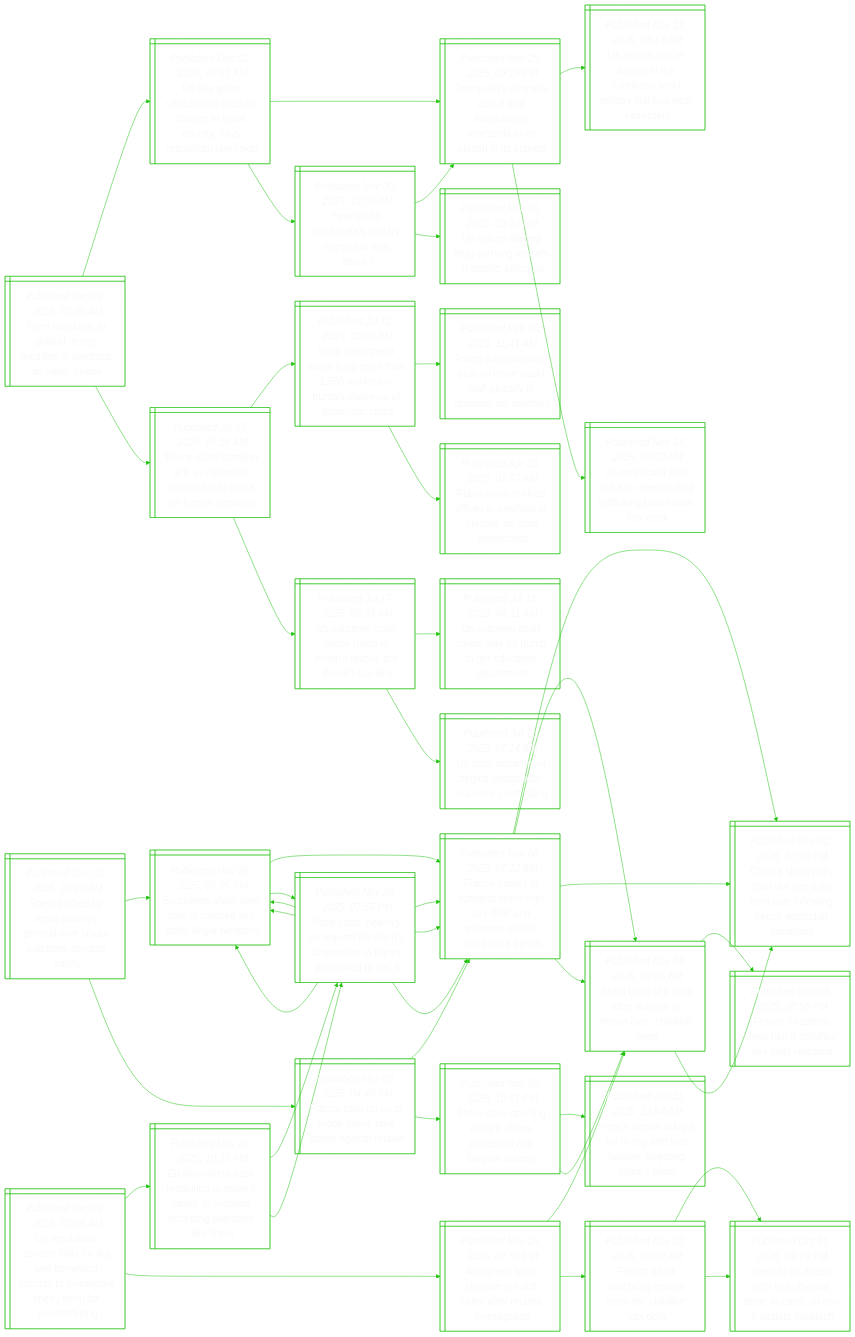
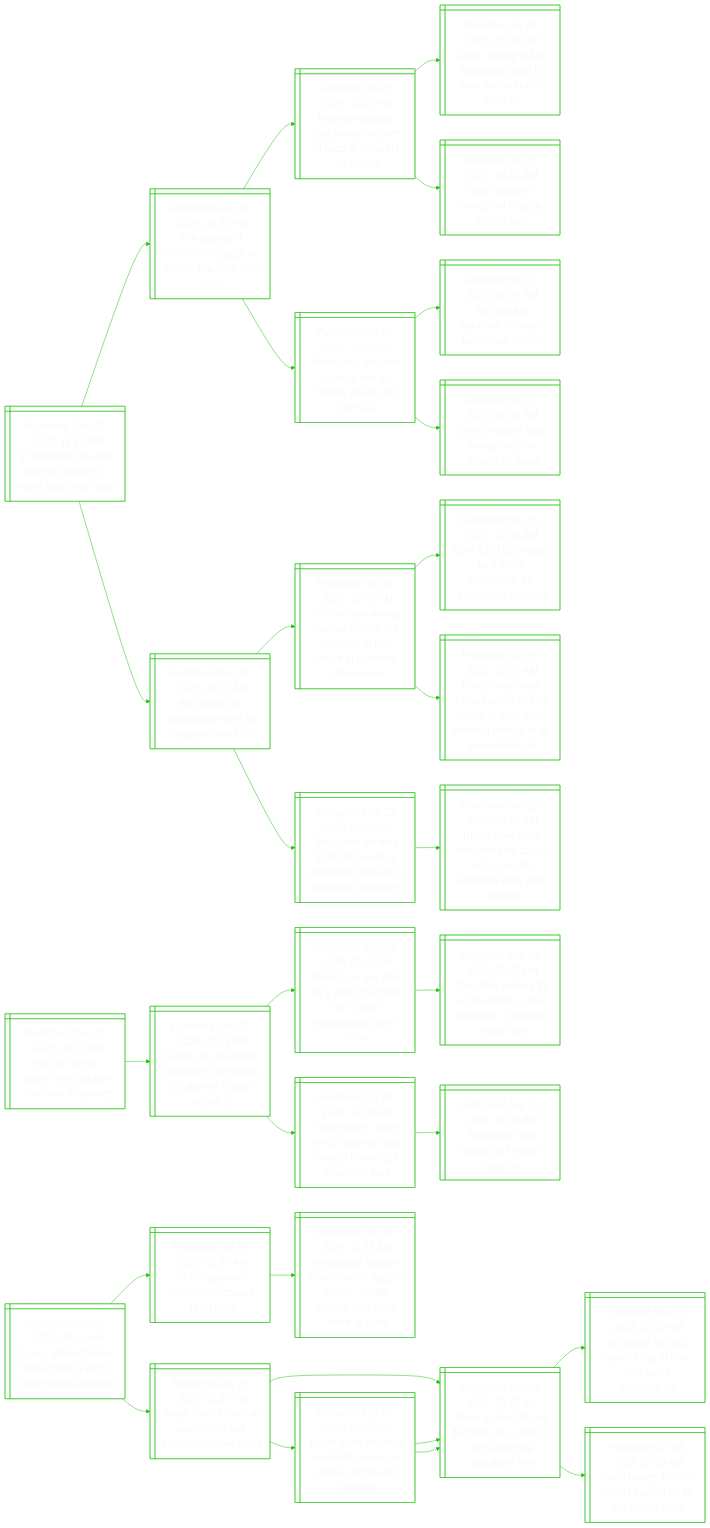
Before and after one commit to notJmes/notJmes: the diagram in README.md, drawn with Mermaid. The commit also changed other lines of this file, not shown here.

````diff
--- a/README.md
+++ b/README.md
@@ -16,142 +16,97 @@
 flowchart LR
 classDef txtsize font-size:20px;
 
-FoaoTmelonbe@{ shape: win-pane, label: "_Published Dec 02, 2025, 07:30 AM_
-From honduras to poland, trump meddles in elections as never before" }
-UgVuMoceoyRllk@{ shape: win-pane, label: "_Published Dec 01, 2025, 05:07 AM_
-Us has given venezuela’s maduro chance to leave country, says republican lawmaker" }
-Tsicvsugztliee@{ shape: win-pane, label: "_Published Nov 29, 2025, 09:19 PM_
-Trump says airspace above and surrounding venezuela to be closed in its entirety" }
-Ucceinaeiiburz@{ shape: win-pane, label: "_Published Nov 17, 2025, 03:14 AM_
-Us aircraft carrier arrives in the caribbean amid military build-up near venezuela" }
-Uddrngufialhe@{ shape: win-pane, label: "_Published Nov 14, 2025, 06:32 AM_
-Us conducted 20th strike on alleged drug trafficking boat earlier this week" }
-Hunllyoat@{ shape: win-pane, label: "_Published Nov 30, 2025, 12:09 AM_
-How could venezuela’s military respond to a us attack?" }
-Tsicvsugztliee@{ shape: win-pane, label: "_Published Nov 29, 2025, 09:19 PM_
-Trump says airspace above and surrounding venezuela to be closed in its entirety" }
-Uildcisiiig@{ shape: win-pane, label: "_Published Nov 10, 2025, 09:20 PM_
-Us strikes alleged drug-carrying vessels in pacific, killing six" }
-TaiteSoadoerei@{ shape: win-pane, label: "_Published Jul 18, 2025, 05:26 AM_
-Trump administration tells us diplomats abroad not to opine on foreign elections" }
-SDtssnewrrsuiao@{ shape: win-pane, label: "_Published Jul 12, 2025, 01:05 AM_
-State department starts firing more than 1,350 workers in trump’s shake-up of diplomatic corps" }
-TaitulUsgldtdh@{ shape: win-pane, label: "_Published Feb 05, 2025, 11:41 AM_
-Trump administration puts on leave usaid staff globally in dramatic aid overhaul" }
-RptsinhftSDt@{ shape: win-pane, label: "_Published Apr 23, 2025, 01:07 AM_
-Rubio plans to close offices in overhaul of ‘bloated’ us state department" }
-Uroeuimvusy@{ shape: win-pane, label: "_Published Jul 17, 2025, 09:35 AM_
-Us supreme court keeps ruling in trump’s favour, but doesn’t say why" }
-UrolwrptaDt@{ shape: win-pane, label: "_Published Jul 15, 2025, 04:31 AM_
-Us supreme court clears way for trump to gut education department" }
-UtaniyaSmri@{ shape: win-pane, label: "_Published Jul 11, 2025, 07:14 AM_
-Us state department begins layoffs after supreme court ruling" }
+Vdtarheowoa@{ shape: win-pane, label: "_Published Dec 02, 2025, 11:15 AM_
+Vr headsets take war-scarred children to world away from gaza" }
+Tafdiahesle@{ shape: win-pane, label: "_Published Aug 18, 2025, 05:35 PM_
+The trauma of childhood in gaza: no school, few toys, little hope" }
+IludpsrGowog@{ shape: win-pane, label: "_Published Jul 27, 2025, 02:43 PM_
+Israel announces daily pauses in parts of gaza to allow aid for hungry" }
+Gugfiedvnshe@{ shape: win-pane, label: "_Published Jul 25, 2025, 05:09 PM_
+Gaza running out of specialised food to save malnourished children" }
+IlmraGirs@{ shape: win-pane, label: "_Published Jul 27, 2025, 04:03 AM_
+Israel resumes airdrop aid to gaza, military says" }
+NyeeawHakl@{ shape: win-pane, label: "_Published Oct 07, 2023, 12:04 PM_
+Netanyahu declares israel at war as hamas attacks kill over 100" }
+WzptIleint@{ shape: win-pane, label: "_Published Oct 07, 2023, 05:15 PM_
+Why gaza is epicentre of israeli-palestinian conflict" }
+Wiceapaks@{ shape: win-pane, label: "_Published Oct 07, 2023, 06:44 PM_
+World in shock after hamas surprise attacks on israel" }
+BeoeieSpoe@{ shape: win-pane, label: "_Published Nov 29, 2025, 10:30 AM_
+Big dreams for palestinian teens at singapore robot fest" }
+Sapnirliiopelnnm@{ shape: win-pane, label: "_Published Oct 09, 2025, 06:50 PM_
+Scholarships among various ground-led initiatives to help people of palestine: shanmugam" }
+OafleliPtne@{ shape: win-pane, label: "_Published Mar 19, 2025, 12:00 AM_
+Over $200,000 raised for full-ride scholarship for palestinian students" }
+TssHaossaaorslaoe@{ shape: win-pane, label: "_Published Oct 09, 2025, 05:09 AM_
+Trump says israel, hamas agree on first phase of gaza deal, allowing release of all israeli hostages" }
+Sposhotoslnme@{ shape: win-pane, label: "_Published Nov 12, 2025, 02:05 PM_
+Singapore donates $250,000 worth of prosthetic products to palestinian amputees" }
+Tvoeichyfarkha@{ shape: win-pane, label: "_Published Nov 11, 2025, 02:09 AM_
+Trump vows to do everything he can to help syria after landmark talks with sharaa" }
 
-FoaoTmelonbe:::txtsize --> UgVuMoceoyRllk:::txtsize
-UgVuMoceoyRllk:::txtsize --> Tsicvsugztliee:::txtsize
-Tsicvsugztliee:::txtsize --> Ucceinaeiiburz:::txtsize
-Tsicvsugztliee:::txtsize --> Uddrngufialhe:::txtsize
-UgVuMoceoyRllk:::txtsize --> Hunllyoat:::txtsize
-Hunllyoat:::txtsize --> Tsicvsugztliee:::txtsize
-Hunllyoat:::txtsize --> Uildcisiiig:::txtsize
-FoaoTmelonbe:::txtsize --> TaiteSoadoerei:::txtsize
-TaiteSoadoerei:::txtsize --> SDtssnewrrsuiao:::txtsize
-SDtssnewrrsuiao:::txtsize --> TaitulUsgldtdh:::txtsize
-SDtssnewrrsuiao:::txtsize --> RptsinhftSDt:::txtsize
-TaiteSoadoerei:::txtsize --> Uroeuimvusy:::txtsize
-Uroeuimvusy:::txtsize --> UrolwrptaDt:::txtsize
-Uroeuimvusy:::txtsize --> UtaniyaSmri:::txtsize
+Vdtarheowoa:::txtsize --> Tafdiahesle:::txtsize
+Tafdiahesle:::txtsize --> IludpsrGowog:::txtsize
+IludpsrGowog:::txtsize --> Gugfiedvnshe:::txtsize
+IludpsrGowog:::txtsize --> IlmraGirs:::txtsize
+Tafdiahesle:::txtsize --> NyeeawHakl:::txtsize
+NyeeawHakl:::txtsize --> WzptIleint:::txtsize
+NyeeawHakl:::txtsize --> Wiceapaks:::txtsize
+Vdtarheowoa:::txtsize --> BeoeieSpoe:::txtsize
+BeoeieSpoe:::txtsize --> Sapnirliiopelnnm:::txtsize
+Sapnirliiopelnnm:::txtsize --> OafleliPtne:::txtsize
+Sapnirliiopelnnm:::txtsize --> TssHaossaaorslaoe:::txtsize
+BeoeieSpoe:::txtsize --> Sposhotoslnme:::txtsize
+Sposhotoslnme:::txtsize --> Tvoeichyfarkha:::txtsize
 
-Spdxtyreoaeda@{ shape: win-pane, label: "_Published Dec 02, 2025, 07:10 AM_
-Shein probed by texas attorney general over labour practices, product safety" }
-Erhvlhixsga@{ shape: win-pane, label: "_Published Nov 26, 2025, 08:05 PM_
-Eu queries shein over sale of childlike sex dolls, illegal weapons" }
-FessSoelwnairn@{ shape: win-pane, label: "_Published Nov 06, 2025, 07:32 AM_
-France moves to suspend shein over sex dolls and weapons on day paris store opens" }
-CsnsdsloeoFhhoi@{ shape: win-pane, label: "_Published Nov 02, 2025, 10:16 PM_
-China’s shein pulls child-like sex dolls from sale following french watchdog complaint" }
-Sbelerncrdo@{ shape: win-pane, label: "_Published Nov 04, 2025, 07:05 AM_
-Shein bans sex dolls after outrage in france over ‘childlike’ ones" }
-PcHnethsninsee@{ shape: win-pane, label: "_Published Nov 26, 2025, 07:55 PM_
-Paris court: hearing on request for shein’s suspension in france postponed to dec 5" }
-FessSoelwnairn@{ shape: win-pane, label: "_Published Nov 06, 2025, 07:32 AM_
-France moves to suspend shein over sex dolls and weapons on day paris store opens" }
-Erhvlhixsga@{ shape: win-pane, label: "_Published Nov 26, 2025, 08:05 PM_
-Eu queries shein over sale of childlike sex dolls, illegal weapons" }
-Festbieoiee@{ shape: win-pane, label: "_Published Nov 06, 2025, 04:48 PM_
-France calls on eu to probe shein, take action against retailer" }
-FessSoelwnairn@{ shape: win-pane, label: "_Published Nov 06, 2025, 07:32 AM_
-France moves to suspend shein over sex dolls and weapons on day paris store opens" }
-CsnsdsloeoFhhoi@{ shape: win-pane, label: "_Published Nov 02, 2025, 10:16 PM_
-China’s shein pulls child-like sex dolls from sale following french watchdog complaint" }
-Sbelerncrdo@{ shape: win-pane, label: "_Published Nov 04, 2025, 07:05 AM_
-Shein bans sex dolls after outrage in france over ‘childlike’ ones" }
-Ssonarrtngus@{ shape: win-pane, label: "_Published Nov 05, 2025, 10:01 PM_
-Shein store opening in paris draws protesters and bargain hunters" }
-Fhtplettirnne@{ shape: win-pane, label: "_Published Jun 11, 2025, 12:54 AM_
-French senate adopts bill to regulate fast fashion, targeting china’s shein" }
-Sbelerncrdo@{ shape: win-pane, label: "_Published Nov 04, 2025, 07:05 AM_
-Shein bans sex dolls after outrage in france over ‘childlike’ ones" }
+Rrnshunost@{ shape: win-pane, label: "_Published Dec 02, 2025, 09:20 AM_
+Rich art: french pastry chefs auction chocolate sculptures" }
+CoiuhaepoCio@{ shape: win-pane, label: "_Published Nov 05, 2025, 02:29 PM_
+Creator of viral ‘dubai chocolate’ opens pop-up store at changi airport t1" }
+Wyygobmgeon@{ shape: win-pane, label: "_Published Sep 16, 2024, 01:30 PM_
+Would you pay $59 for a 200g chocolate bar? some singaporeans don’t mind" }
+Clateiscecio@{ shape: win-pane, label: "_Published Mar 01, 2024, 01:35 PM_
+Chocolate makers try a new recipe – less chocolate – as cocoa prices soar" }
+Tmstawoiace@{ shape: win-pane, label: "_Published Oct 05, 2024, 12:00 PM_
+Tastemakers: meet the 22-year-old who brought in viral $59 chocolate bars" }
+Spoiudpt@{ shape: win-pane, label: "_Published Aug 21, 2024, 05:00 AM_
+Singapore food spicing up london’s appetite" }
 
-Spdxtyreoaeda:::txtsize --> Erhvlhixsga:::txtsize
-Erhvlhixsga:::txtsize --> FessSoelwnairn:::txtsize
-FessSoelwnairn:::txtsize --> CsnsdsloeoFhhoi:::txtsize
-FessSoelwnairn:::txtsize --> Sbelerncrdo:::txtsize
-Erhvlhixsga:::txtsize --> PcHnethsninsee:::txtsize
-PcHnethsninsee:::txtsize --> FessSoelwnairn:::txtsize
-PcHnethsninsee:::txtsize --> Erhvlhixsga:::txtsize
-Spdxtyreoaeda:::txtsize --> Festbieoiee:::txtsize
-Festbieoiee:::txtsize --> FessSoelwnairn:::txtsize
-FessSoelwnairn:::txtsize --> CsnsdsloeoFhhoi:::txtsize
-FessSoelwnairn:::txtsize --> Sbelerncrdo:::txtsize
-Festbieoiee:::txtsize --> Ssonarrtngus:::txtsize
-Ssonarrtngus:::txtsize --> Fhtplettirnne:::txtsize
-Ssonarrtngus:::txtsize --> Sbelerncrdo:::txtsize
+Rrnshunost:::txtsize --> CoiuhaepoCio:::txtsize
+CoiuhaepoCio:::txtsize --> Wyygobmgeon:::txtsize
+Wyygobmgeon:::txtsize --> Clateiscecio:::txtsize
+CoiuhaepoCio:::txtsize --> Tmstawoiace:::txtsize
+Tmstawoiace:::txtsize --> Spoiudpt:::txtsize
 
-Uuaaaoamdrostiuori@{ shape: win-pane, label: "_Published Dec 02, 2025, 07:05 AM_
-Us republican senator calls for doj and homeland security to investigate shein, temu for counterfeiting" }
-Emsrutesoeogflh@{ shape: win-pane, label: "_Published Nov 26, 2025, 10:35 PM_
-Eu lawmakers back resolution to make it easier to suspend shopping platforms like shein" }
-PcHnethsninsee@{ shape: win-pane, label: "_Published Nov 26, 2025, 07:55 PM_
-Paris court: hearing on request for shein’s suspension in france postponed to dec 5" }
-FessSoelwnairn@{ shape: win-pane, label: "_Published Nov 06, 2025, 07:32 AM_
-France moves to suspend shein over sex dolls and weapons on day paris store opens" }
-Erhvlhixsga@{ shape: win-pane, label: "_Published Nov 26, 2025, 08:05 PM_
-Eu queries shein over sale of childlike sex dolls, illegal weapons" }
-PcHnethsninsee@{ shape: win-pane, label: "_Published Nov 26, 2025, 07:55 PM_
-Paris court: hearing on request for shein’s suspension in france postponed to dec 5" }
-FessSoelwnairn@{ shape: win-pane, label: "_Published Nov 06, 2025, 07:32 AM_
-France moves to suspend shein over sex dolls and weapons on day paris store opens" }
-Erhvlhixsga@{ shape: win-pane, label: "_Published Nov 26, 2025, 08:05 PM_
-Eu queries shein over sale of childlike sex dolls, illegal weapons" }
-Apbheolfesst@{ shape: win-pane, label: "_Published Nov 26, 2025, 07:50 PM_
-Aliexpress bans chinese sex doll seller after reuters investigation" }
-Sbelerncrdo@{ shape: win-pane, label: "_Published Nov 04, 2025, 07:05 AM_
-Shein bans sex dolls after outrage in france over ‘childlike’ ones" }
-FeaSbclelp@{ shape: win-pane, label: "_Published Nov 03, 2025, 08:50 PM_
-France threatens shein ban if ‘childlike’ sex dolls reappear" }
-CsnsdsloeoFhhoi@{ shape: win-pane, label: "_Published Nov 02, 2025, 10:16 PM_
-China’s shein pulls child-like sex dolls from sale following french watchdog complaint" }
-Fhdhesnhixs@{ shape: win-pane, label: "_Published Nov 02, 2025, 05:32 AM_
-French fraud watchdog reports shein for ‘childlike’ sex dolls" }
-SthirylerNsba@{ shape: win-pane, label: "_Published Oct 31, 2025, 09:19 PM_
-Shein to go ahead with first physical store, in paris, on nov 5 despite backlash" }
-SthirylerNsba@{ shape: win-pane, label: "_Published Oct 31, 2025, 09:19 PM_
-Shein to go ahead with first physical store, in paris, on nov 5 despite backlash" }
+Taitaabcopu@{ shape: win-pane, label: "_Published Dec 02, 2025, 09:05 AM_
+Trump administration backs bayer’s bid to curb roundup lawsuits" }
+Uavyeulr@{ shape: win-pane, label: "_Published Oct 25, 2025, 08:30 AM_
+Us fda approves bayer’s menopause relief drug" }
+Mautccpesimwmps@{ shape: win-pane, label: "_Published Oct 18, 2025, 11:15 AM_
+Menopause support: from clinics to apps to events, midlife women now have more options" }
+Bfboptheyoe@{ shape: win-pane, label: "_Published Jan 15, 2025, 05:20 PM_
+Bayer faces billions in payouts for half century-old toxic mess" }
+Boealontopkrl@{ shape: win-pane, label: "_Published Jan 29, 2024, 09:10 AM_
+Bayer ordered to pay $3 billion to us man in latest roundup weedkiller trial" }
+Jtiasgrfabue@{ shape: win-pane, label: "_Published Nov 17, 2023, 02:20 PM_
+J&j settles first talc cases to go to trial after failed bankruptcies" }
+Ctsdgttac@{ shape: win-pane, label: "_Published Oct 04, 2023, 02:30 AM_
+Court tosses $300m verdict against j&j in talc cancer case" }
+BlRudeebooit@{ shape: win-pane, label: "_Published Feb 07, 2024, 09:55 AM_
+Bayer loses roundup weedkiller appeal in blow to bid to end litigation" }
+Boealontopkrl@{ shape: win-pane, label: "_Published Jan 29, 2024, 09:10 AM_
+Bayer ordered to pay $3 billion to us man in latest roundup weedkiller trial" }
+Boealontopkrl@{ shape: win-pane, label: "_Published Jan 29, 2024, 09:10 AM_
+Bayer ordered to pay $3 billion to us man in latest roundup weedkiller trial" }
 
-Uuaaaoamdrostiuori:::txtsize --> Emsrutesoeogflh:::txtsize
-Emsrutesoeogflh:::txtsize --> PcHnethsninsee:::txtsize
-PcHnethsninsee:::txtsize --> FessSoelwnairn:::txtsize
-PcHnethsninsee:::txtsize --> Erhvlhixsga:::txtsize
-Emsrutesoeogflh:::txtsize --> PcHnethsninsee:::txtsize
-PcHnethsninsee:::txtsize --> FessSoelwnairn:::txtsize
-PcHnethsninsee:::txtsize --> Erhvlhixsga:::txtsize
-Uuaaaoamdrostiuori:::txtsize --> Apbheolfesst:::txtsize
-Apbheolfesst:::txtsize --> Sbelerncrdo:::txtsize
-Sbelerncrdo:::txtsize --> FeaSbclelp:::txtsize
-Sbelerncrdo:::txtsize --> CsnsdsloeoFhhoi:::txtsize
-Apbheolfesst:::txtsize --> Fhdhesnhixs:::txtsize
-Fhdhesnhixs:::txtsize --> SthirylerNsba:::txtsize
-Fhdhesnhixs:::txtsize --> SthirylerNsba:::txtsize
+Taitaabcopu:::txtsize --> Uavyeulr:::txtsize
+Uavyeulr:::txtsize --> Mautccpesimwmps:::txtsize
+Taitaabcopu:::txtsize --> Bfboptheyoe:::txtsize
+Bfboptheyoe:::txtsize --> Boealontopkrl:::txtsize
+Boealontopkrl:::txtsize --> Jtiasgrfabue:::txtsize
+Boealontopkrl:::txtsize --> Ctsdgttac:::txtsize
+Bfboptheyoe:::txtsize --> BlRudeebooit:::txtsize
+BlRudeebooit:::txtsize --> Boealontopkrl:::txtsize
+BlRudeebooit:::txtsize --> Boealontopkrl:::txtsize
 
 ```
````
